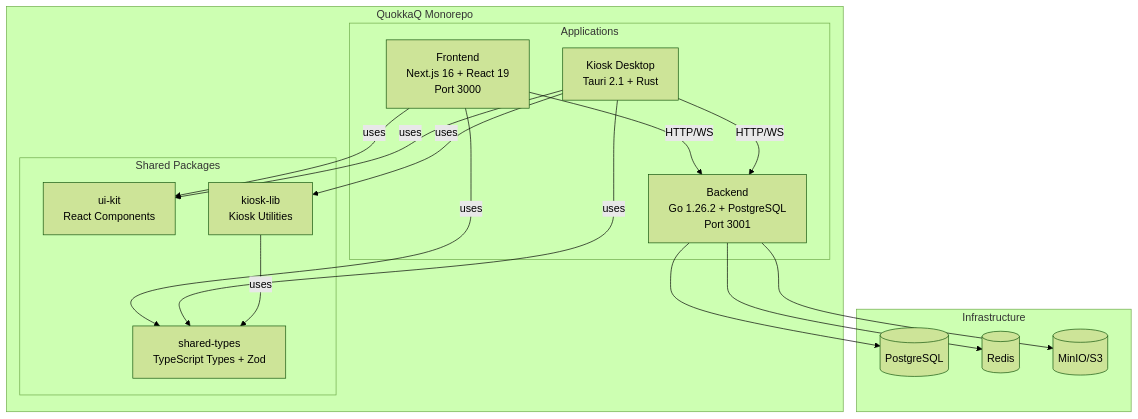
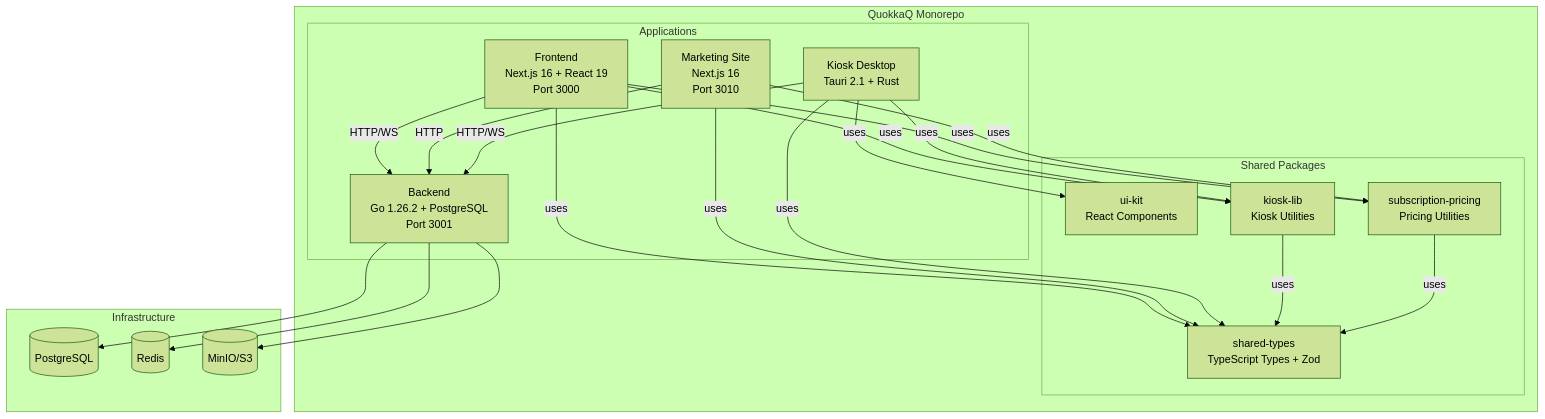
One commit to thevladbog/quokkaq changed the diagram in README.md. Above: the diagram before and after it, drawn with Mermaid (forest theme). The commit also changed other lines of this file and 5 other files, not shown here.

First line of the commit message:
Update README files and add marketing site documentation

````diff
--- a/README.md
+++ b/README.md
@@ -62,38 +79,46 @@
 ```mermaid
 graph TB
     subgraph monorepo [QuokkaQ Monorepo]
         subgraph apps [Applications]
             frontend[Frontend<br/>Next.js 16 + React 19<br/>Port 3000]
+            marketing[Marketing Site<br/>Next.js 16<br/>Port 3010]
             backend[Backend<br/>Go 1.26.2 + PostgreSQL<br/>Port 3001]
             kiosk[Kiosk Desktop<br/>Tauri 2.1 + Rust]
         end
-        
+
         subgraph packages [Shared Packages]
             sharedTypes[shared-types<br/>TypeScript Types + Zod]
             uiKit[ui-kit<br/>React Components]
             kioskLib[kiosk-lib<br/>Kiosk Utilities]
+            subscriptionPricing[subscription-pricing<br/>Pricing Utilities]
         end
-        
+
         frontend -->|uses| sharedTypes
-        frontend -->|uses| uiKit
-        
+        frontend -->|uses| kioskLib
+        frontend -->|uses| subscriptionPricing
+
+        marketing -->|uses| sharedTypes
+        marketing -->|uses| subscriptionPricing
+
         kiosk -->|uses| sharedTypes
         kiosk -->|uses| uiKit
         kiosk -->|uses| kioskLib
-        
+
         kioskLib -->|uses| sharedTypes
-        
+        subscriptionPricing -->|uses| sharedTypes
+
         frontend -->|HTTP/WS| backend
+        marketing -->|HTTP| backend
         kiosk -->|HTTP/WS| backend
     end
-    
+
     subgraph infrastructure [Infrastructure]
         postgres[(PostgreSQL)]
         redis[(Redis)]
         minio[(MinIO/S3)]
     end
-    
+
     backend --> postgres
     backend --> redis
     backend --> minio
 ```
````
